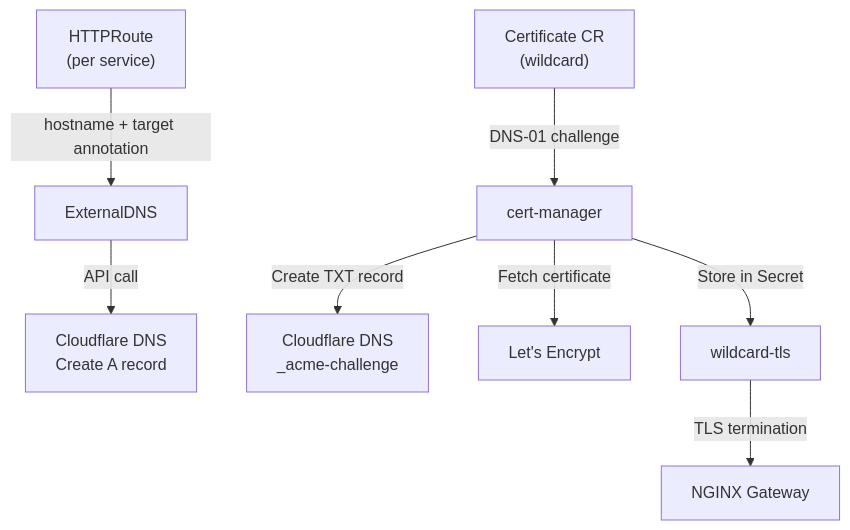
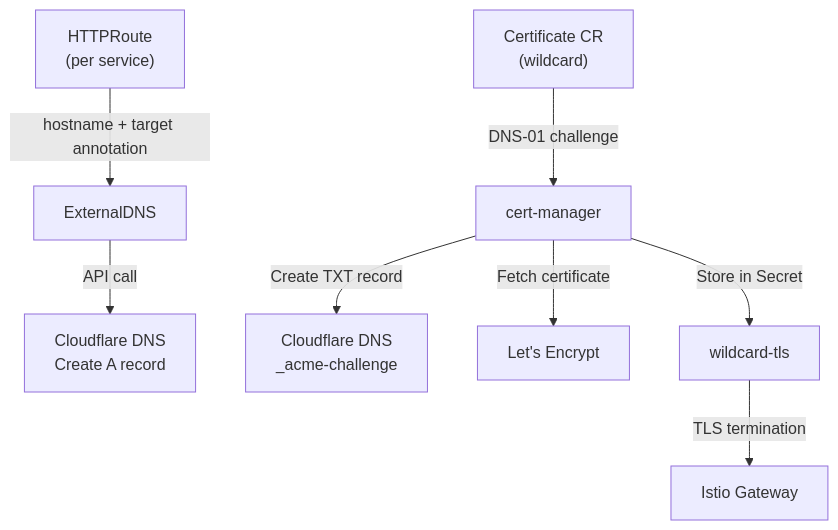
Before and after one commit to Murad-Suleymanov/BasePlate: the diagram in docs/admin-guide/dns-tls-setup.md, drawn with Mermaid. The commit also changed 17 other files, not shown here.

Commit message:
change ngf to istio gateway

````diff
--- a/docs/admin-guide/dns-tls-setup.md
+++ b/docs/admin-guide/dns-tls-setup.md
@@ -7,11 +7,11 @@
 ```mermaid
 flowchart TB
     Route["HTTPRoute<br/>(per service)"] -->|"hostname + target annotation"| ExtDNS["ExternalDNS"]
     ExtDNS -->|"API call"| CF["Cloudflare DNS<br/>Create A record"]
 
     Cert["Certificate CR<br/>(wildcard)"] -->|"DNS-01 challenge"| CertMgr["cert-manager"]
     CertMgr -->|"Create TXT record"| CF2["Cloudflare DNS<br/>_acme-challenge"]
     CertMgr -->|"Fetch certificate"| LE["Let's Encrypt"]
     CertMgr -->|"Store in Secret"| Secret["wildcard-tls"]
-    Secret -->|"TLS termination"| GW["NGINX Gateway"]
+    Secret -->|"TLS termination"| GW["Istio Gateway"]
 ```
````
